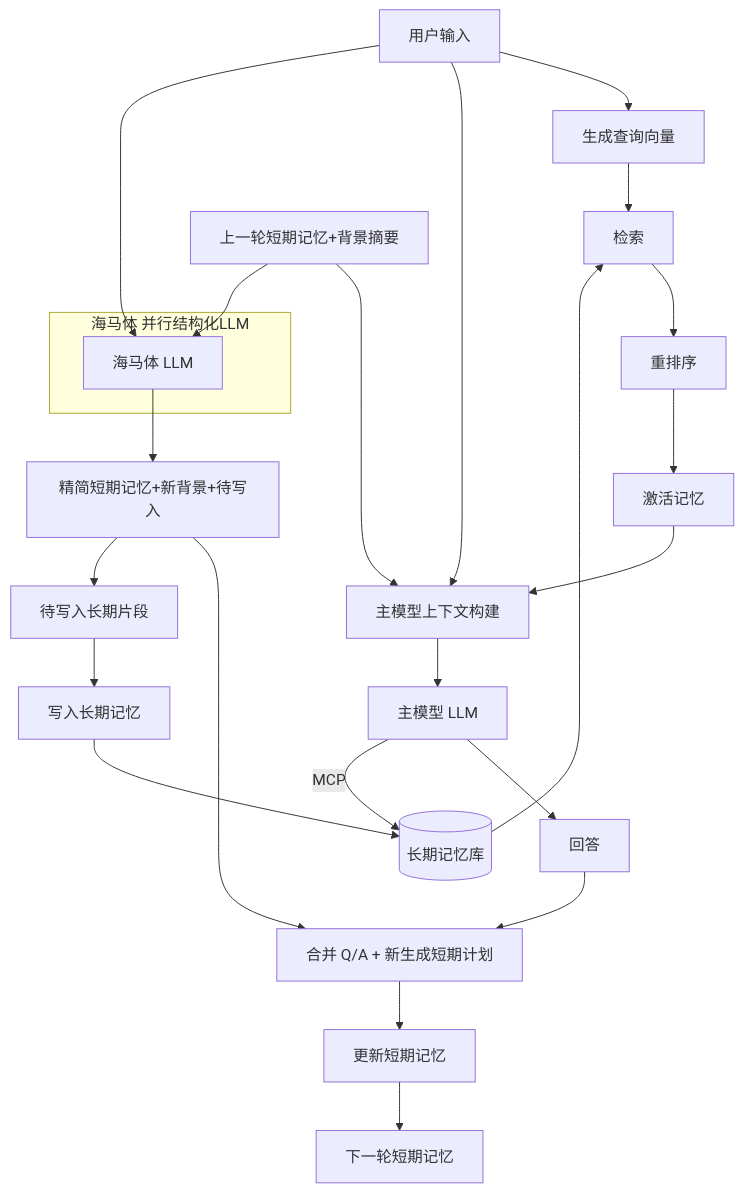
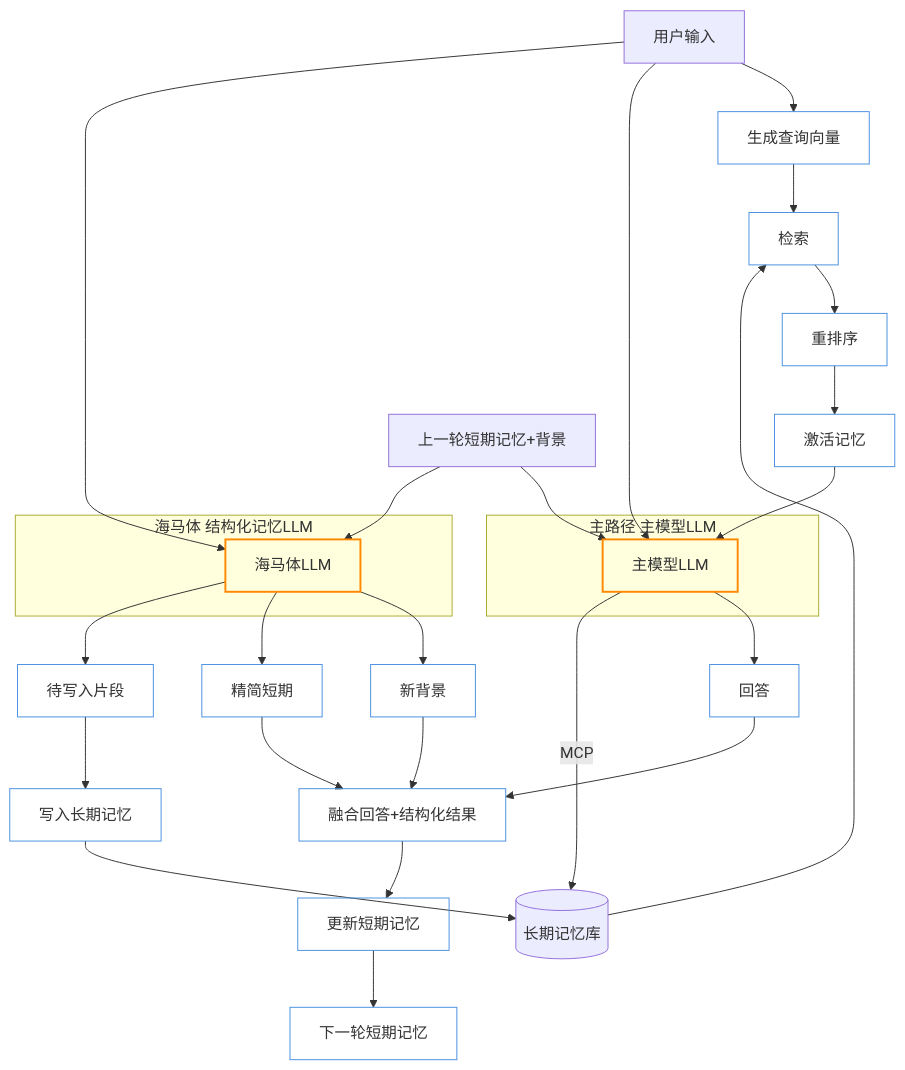
The diagram in README.md (whatiname888/Limbic-Memory), drawn with Mermaid before and after one commit. The commit also changed other lines of this file, not shown here.

Commit message:
海马体！架构这块差不多了

````diff
--- a/README.md
+++ b/README.md
@@ -48,36 +46,44 @@
 ```mermaid
 flowchart TD
-    %% --- Activation Path ---
+    %% --- Activation (轻量) ---
     U[用户输入] --> Embed[生成查询向量]
     Embed --> Search[检索]
     Search --> Rank[重排序]
     Rank --> ActMem[激活记忆]
 
-    %% --- Context Build ---
-    PrevSTM[上一轮短期记忆+背景摘要] --> Ctx[主模型上下文构建]
-    ActMem --> Ctx
-    U --> Ctx
-
-    %% --- Main Model ---
-    Ctx --> MainLLM[主模型 LLM]
+    %% --- Main Path (Heavy LLM) ---
+    subgraph MainPath[主路径 主模型LLM]
+        MainLLM[主模型LLM]
+    end
+    PrevSTM[上一轮短期记忆+背景] --> MainLLM
+    ActMem --> MainLLM
+    U --> MainLLM
     MainLLM --> Answer[回答]
     MainLLM -- MCP --> LT[(长期记忆库)]
     LT --> Search
 
-    %% --- Hippocampus Parallel Path ---
-    subgraph Hippocampus[海马体 并行结构化LLM]
-        HippLLM[海马体 LLM]
+    %% --- Hippocampus (Heavy LLM 输出结构化结果) ---
+    subgraph Hippocampus[海马体 结构化记忆LLM]
+        HippLLM[海马体LLM]
     end
     U --> HippLLM
     PrevSTM --> HippLLM
-    HippLLM --> Plan[精简短期记忆+新背景+待写入]
+    HippLLM --> BgOut[新背景]
+    HippLLM --> STMOut[精简短期]
+    HippLLM --> LTOut[待写入片段]
 
-    %% --- Merge & Update ---
-    Answer --> Merge[合并 Q/A + 新生成短期计划]
-    Plan --> Merge
+    %% --- Merge & Update (轻量解析 + 应用) ---
+    Answer --> Merge[融合回答+结构化结果]
+    BgOut --> Merge
+    STMOut --> Merge
     Merge --> UpdateSTM[更新短期记忆]
     UpdateSTM --> NextSTM[下一轮短期记忆]
-    Plan --> LTFrag[待写入长期片段]
-    LTFrag --> Write[写入长期记忆]
+    LTOut --> Write[写入长期记忆]
     Write --> LT
+
+    %% --- Styling (仅边框透明背景) ---
+    classDef heavy stroke:#ff8800,stroke-width:2px,fill:#0000;
+    classDef light stroke:#4a90e2,stroke-width:1px,fill:#0000;
+    class MainLLM,HippLLM heavy;
+    class Embed,Search,Rank,ActMem,Answer,BgOut,STMOut,Merge,UpdateSTM,NextSTM,LTOut,Write light;
 ```
````
